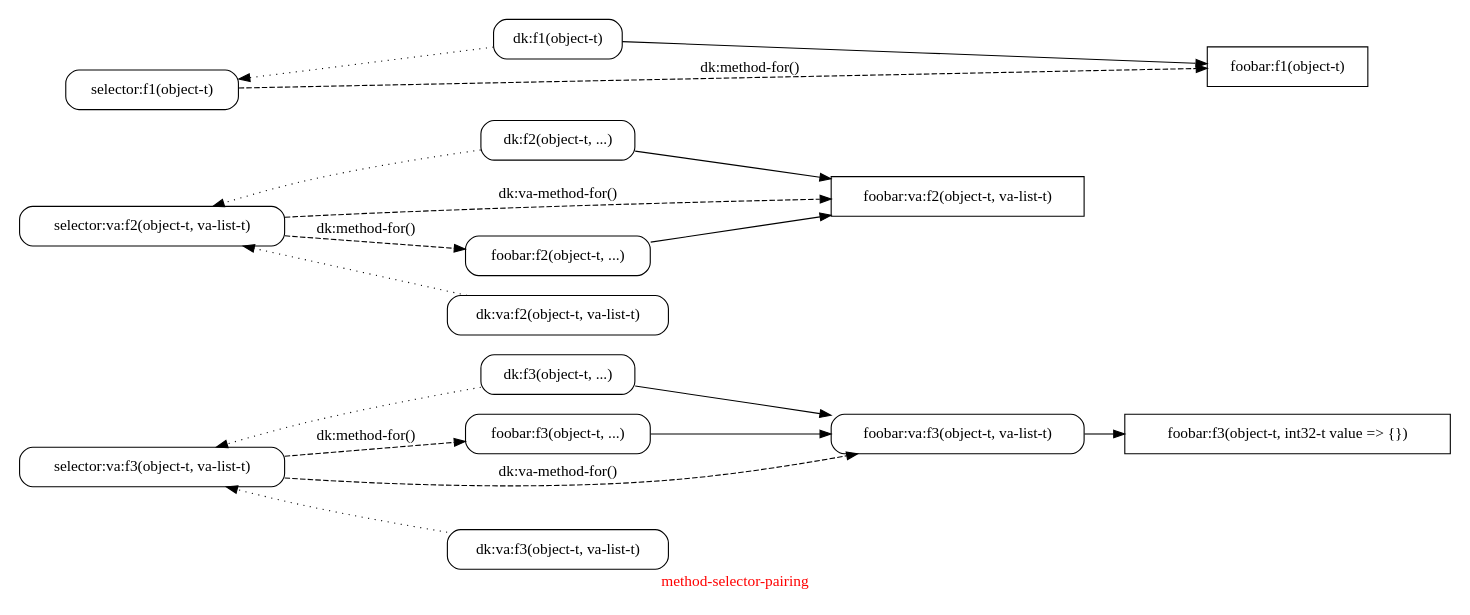
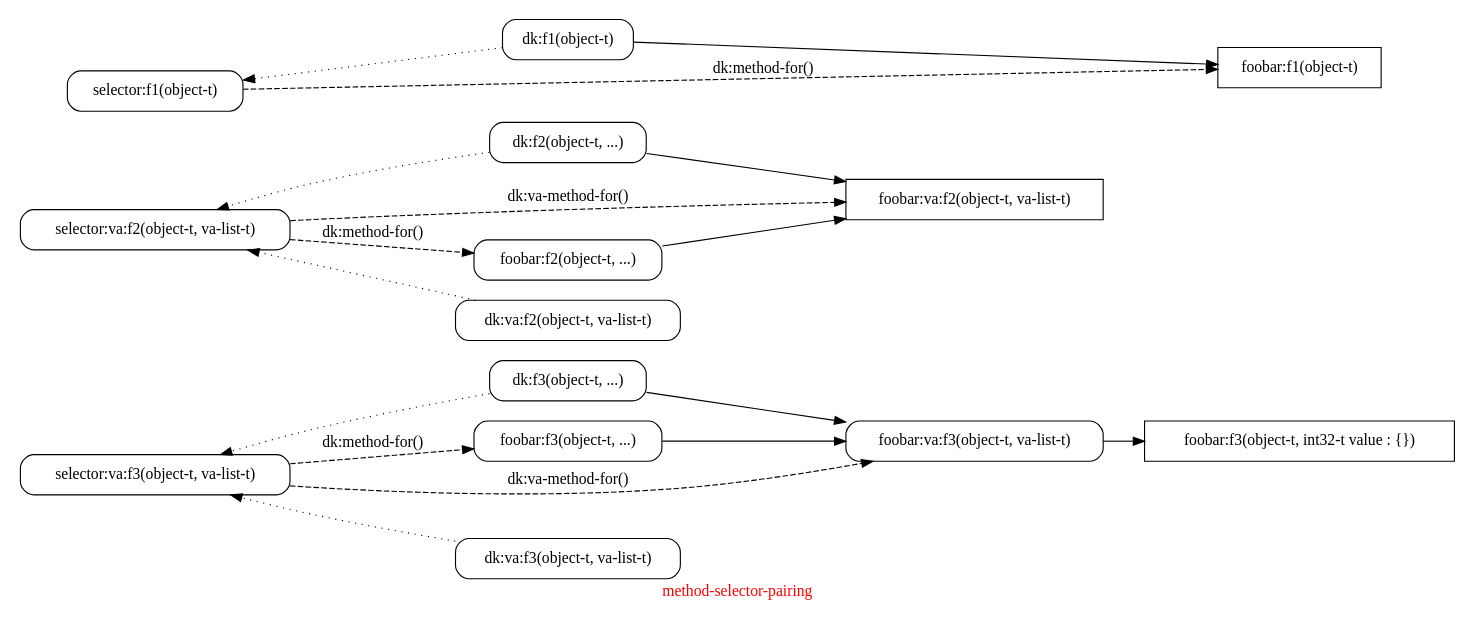
Before and after one commit to Ayyzee/dakota: the diagram in doc/method-selector-pairing.dot, drawn with Graphviz. The commit also changed 3 other files, not shown here.

```diff
--- a/doc/method-selector-pairing.dot
+++ b/doc/method-selector-pairing.dot
@@ -1,70 +1,70 @@
 // Copyright (C) 2007, 2008, 2009 Robert Nielsen <robert@dakota.org>
 //
 // Licensed under the Apache License, Version 2.0 (the "License");
 // you may not use this file except in compliance with the License.
 // You may obtain a copy of the License at
 //
 //      http://www.apache.org/licenses/LICENSE-2.0
 //
 // Unless required by applicable law or agreed to in writing, software
 // distributed under the License is distributed on an "AS IS" BASIS,
 // WITHOUT WARRANTIES OR CONDITIONS OF ANY KIND, either express or implied.
 // See the License for the specific language governing permissions and
 // limitations under the License.
 
 digraph "method-selector-pairing"
 {
   graph [ label = "\G", fontcolor = red ];
   graph [ rankdir = "LR", center = true, size = "10,7.5" ];
   node [ shape = "box", style = "rounded", width = "1.5" ];
 
-  "foobar:f3(object-t, int32-t value => {})" [ style = "" ];
+  "foobar:f3(object-t, int32-t value : {})" [ style = "" ];
   {
     "dk:f3(object-t, ...)";
     "foobar:f3(object-t, ...)";
   }
   -> "foobar:va:f3(object-t, va-list-t)"
-  -> "foobar:f3(object-t, int32-t value => {})";
+  -> "foobar:f3(object-t, int32-t value : {})";
 
   "dk:f3(object-t, ...)"         -> "selector:va:f3(object-t, va-list-t)" [constraint = false, style = dotted];
   "dk:va:f3(object-t, va-list-t)" -> "selector:va:f3(object-t, va-list-t)" [constraint = false, style = dotted];
   "selector:va:f3(object-t, va-list-t)" -> "foobar:f3(object-t, ...)" [ style = dashed, label = "dk:method-for()" ];
   "selector:va:f3(object-t, va-list-t)" -> "foobar:va:f3(object-t, va-list-t)" [ style = dashed, label = "dk:va-method-for()" ];
 
   "foobar:va:f2(object-t, va-list-t)" [ style = "" ];
   {
     "dk:f2(object-t, ...)";
     "foobar:f2(object-t, ...)";
   }
   -> "foobar:va:f2(object-t, va-list-t)";
 
   "dk:f2(object-t, ...)"         -> "selector:va:f2(object-t, va-list-t)" [constraint = false, style = dotted];
   "dk:va:f2(object-t, va-list-t)" -> "selector:va:f2(object-t, va-list-t)" [constraint = false, style = dotted];
   "selector:va:f2(object-t, va-list-t)" -> "foobar:va:f2(object-t, va-list-t)" [ style = dashed, label = "dk:va-method-for()" ];
   "selector:va:f2(object-t, va-list-t)" -> "foobar:f2(object-t, ...)" [ style = dashed, label = "dk:method-for()" ];
   
   "foobar:f1(object-t)" [ style = "" ];
   "dk:f1(object-t)"              -> "foobar:f1(object-t)";
 
   "dk:f1(object-t)"              -> "selector:f1(object-t)"      [constraint = false, style = dotted];
   "selector:f1(object-t)"      -> "foobar:f1(object-t)" [ style = dashed, label = "dk:method-for()" ];
 
   subgraph {
     graph [ rank = same ];
     "dk:f1(object-t)";
     "dk:f2(object-t, ...)";
     "dk:va:f2(object-t, va-list-t)";
     "dk:f3(object-t, ...)";
     "dk:va:f3(object-t, va-list-t)";
   }
 
   subgraph {
     graph [ rank = same ];
     "selector:f1(object-t)";
     "selector:va:f2(object-t, va-list-t)";
     "selector:va:f3(object-t, va-list-t)";
   }
-  subgraph { graph [ rank = same ]; "foobar:f1(object-t)"; "foobar:f3(object-t, int32-t value => {})"; }
+  subgraph { graph [ rank = same ]; "foobar:f1(object-t)"; "foobar:f3(object-t, int32-t value : {})"; }
   subgraph { graph [ rank = same ]; "foobar:va:f2(object-t, va-list-t)"; "foobar:va:f3(object-t, va-list-t)"; }
   subgraph { graph [ rank = same ]; "foobar:f2(object-t, ...)"; "foobar:f3(object-t, ...)"; }
 }
```
